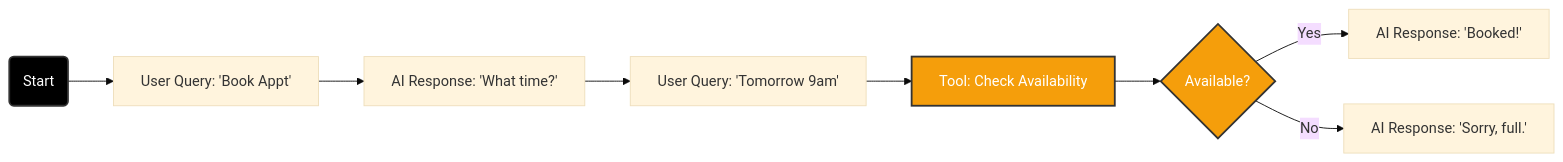
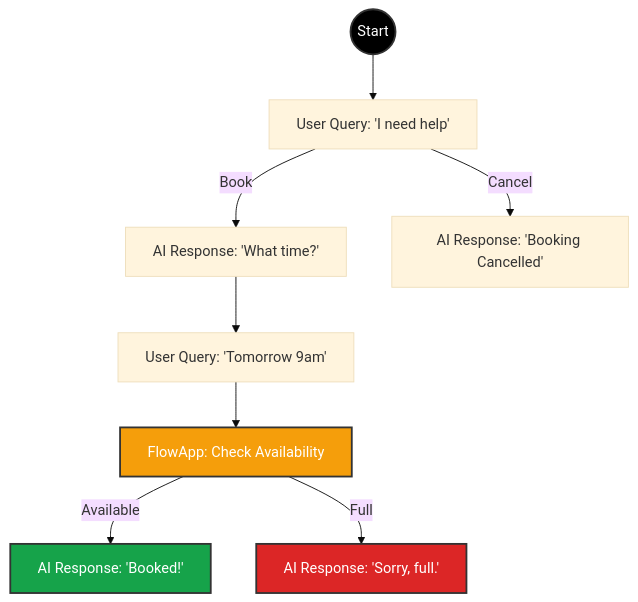
Before and after one commit to abdofallah/IqraAI-Docs: the diagram in content/docs/build/script/index.mdx, drawn with Mermaid (base theme). The commit also changed other lines of this file and 11 other files, not shown here.

````diff
--- a/content/docs/build/script/index.mdx
+++ b/content/docs/build/script/index.mdx
@@ -17,14 +87,18 @@
 ```mermaid
-graph LR
-    Start(Start) --> Q1[User Query: 'Book Appt']
-    Q1 --> Resp1[AI Response: 'What time?']
-    Resp1 --> Q2[User Query: 'Tomorrow 9am']
-    Q2 --> Tool[Tool: Check Availability]
-    Tool --> Logic{Available?}
-    Logic -->|Yes| Confirm[AI Response: 'Booked!']
-    Logic -->|No| Deny[AI Response: 'Sorry, full.']
+graph TD
+    Start((Start)) --> Q_Intent[User Query: 'I need help']
+    
+    Q_Intent -->|Book| Resp_Book[AI Response: 'What time?']
+    Q_Intent -->|Cancel| Resp_Cancel[AI Response: 'Booking Cancelled']
+    
+    Resp_Book --> Q_Time[User Query: 'Tomorrow 9am']
+    Q_Time --> Tool[FlowApp: Check Availability]
+    
+    Tool -->|Available| Confirm[AI Response: 'Booked!']
+    Tool -->|Full| Deny[AI Response: 'Sorry, full.']
     
     style Start fill:#000,stroke:#333,stroke-width:2px,color:#fff
     style Tool fill:#f59e0b,stroke:#333,stroke-width:2px,color:#fff
-    style Logic fill:#f59e0b,stroke:#333,stroke-width:2px,color:#fff
+    style Confirm fill:#16a34a,stroke:#333,stroke-width:2px,color:#fff
+    style Deny fill:#dc2626,stroke:#333,stroke-width:2px,color:#fff
 ```
````
